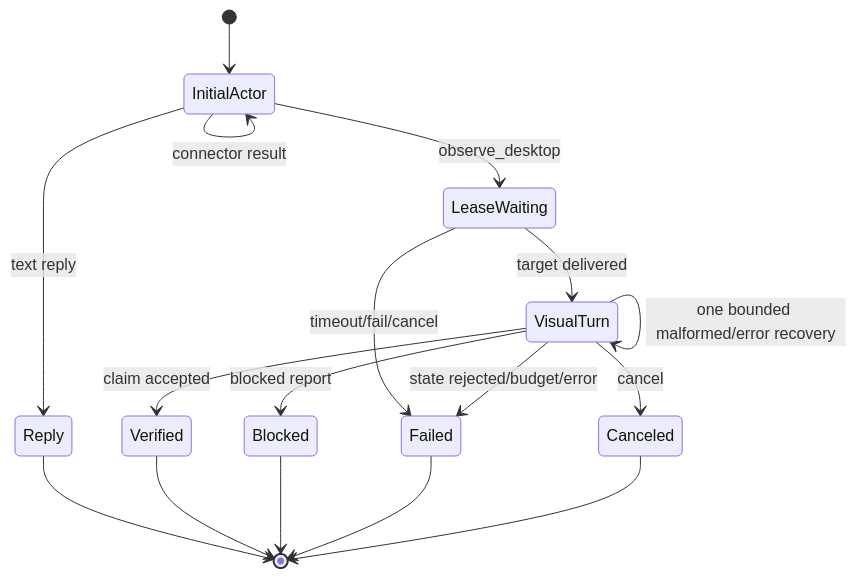
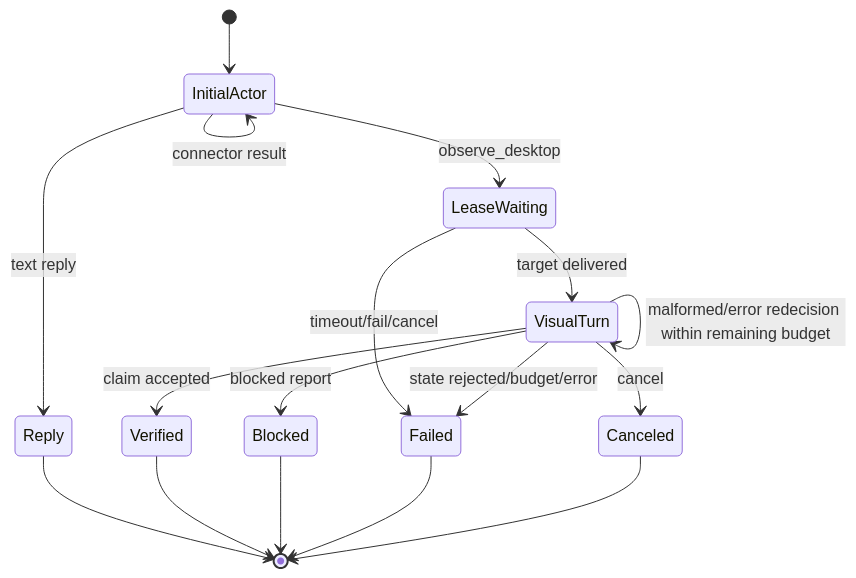
Before and after one commit to zoujiapeng/lingdong-script: the eighth of 10 diagrams in docs/project-guide/02-runtime-flows.md, drawn with Mermaid. The commit also changed other lines of this file and 45 other files, not shown here.

````diff
--- a/docs/project-guide/02-runtime-flows.md
+++ b/docs/project-guide/02-runtime-flows.md
@@ -512,21 +489,21 @@
 ```mermaid
 stateDiagram-v2
   [*] --> InitialActor
   InitialActor --> Reply: text reply
   InitialActor --> LeaseWaiting: observe_desktop
   InitialActor --> InitialActor: connector result
   LeaseWaiting --> VisualTurn: target delivered
   LeaseWaiting --> Failed: timeout/fail/cancel
   VisualTurn --> VisualTurn: action recorded
   VisualTurn --> VisualTurn: stale discarded
-  VisualTurn --> VisualTurn: one bounded malformed/error recovery
+  VisualTurn --> VisualTurn: malformed/error redecision within remaining budget
   VisualTurn --> Verified: claim accepted
   VisualTurn --> Blocked: blocked report
   VisualTurn --> Failed: state rejected/budget/error
   VisualTurn --> Canceled: cancel
   Reply --> [*]
   Verified --> [*]
   Blocked --> [*]
   Failed --> [*]
   Canceled --> [*]
 ```
````
